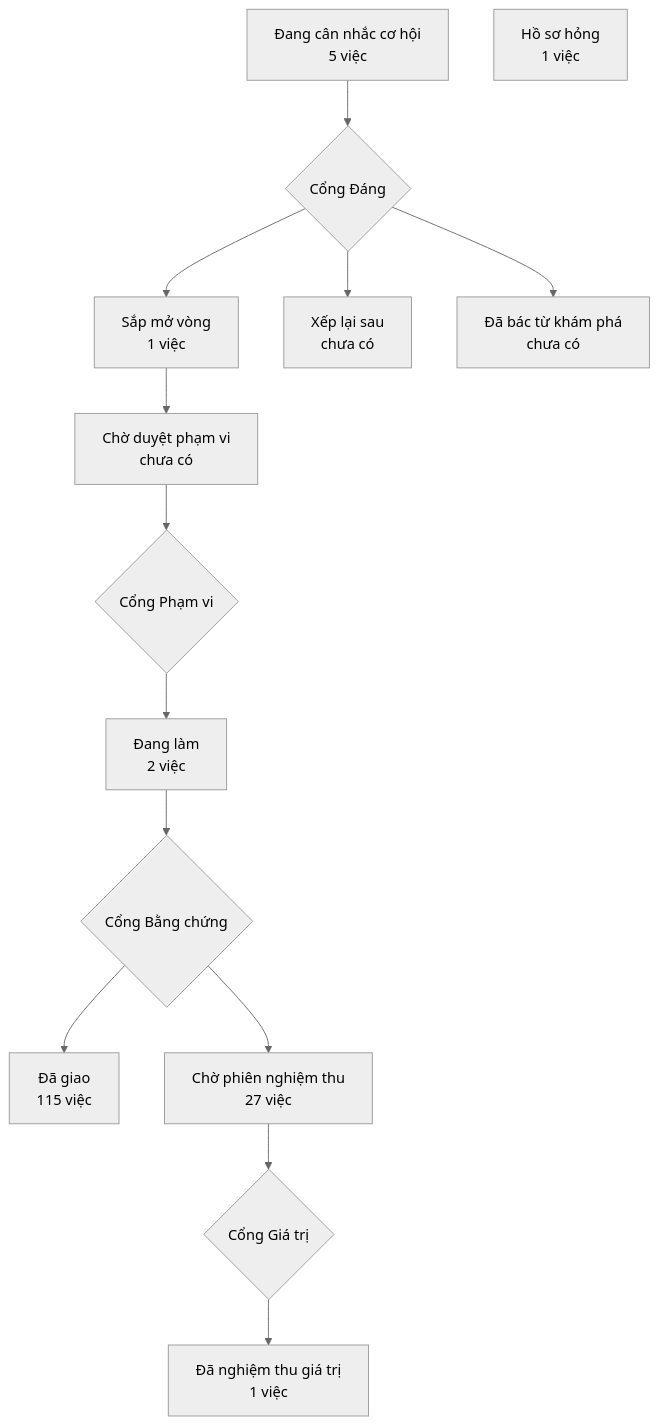
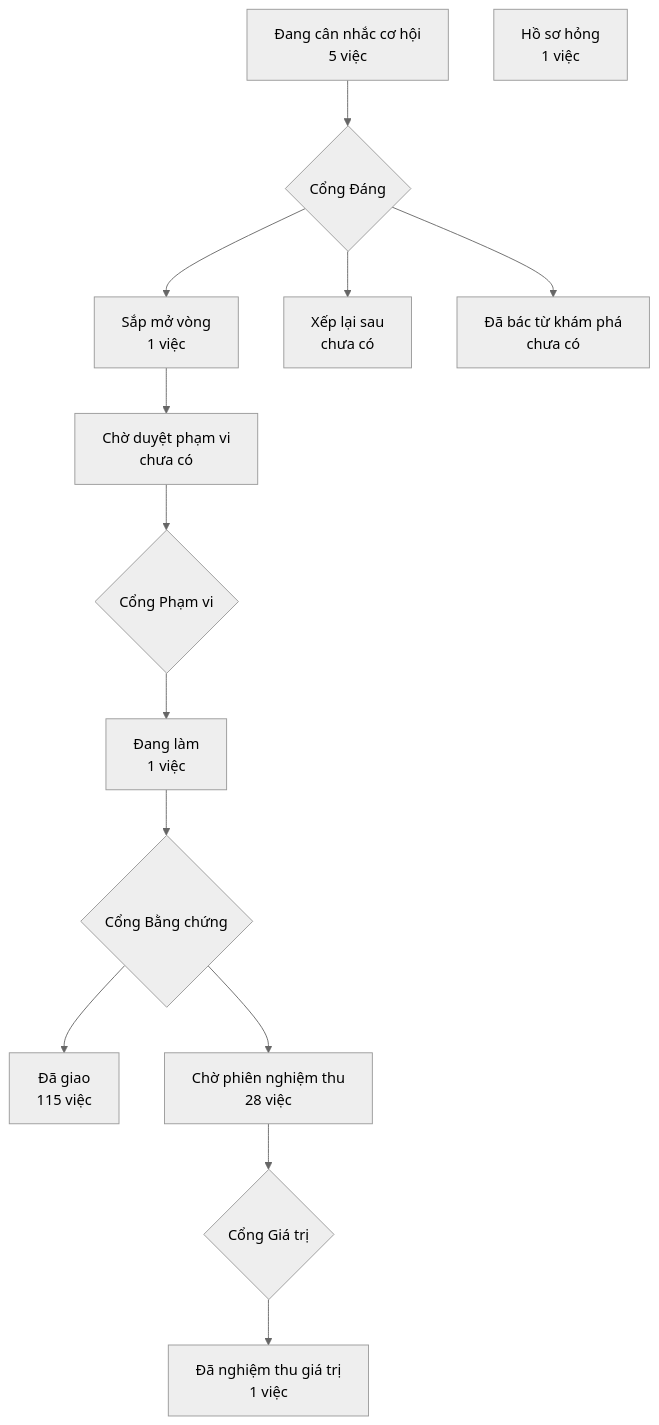
The diagram in PRODUCT-MAP.md (phanlemanh/crm-onehub), drawn with Mermaid (neutral theme) before and after one commit. The commit also changed 3 other files, not shown here.

````diff
--- a/PRODUCT-MAP.md
+++ b/PRODUCT-MAP.md
@@ -6,13 +6,13 @@
 ```mermaid
 flowchart TD
   A["Đang cân nhắc cơ hội<br/>5 việc"] --> GD{"Cổng Đáng"}
   GD --> B["Sắp mở vòng<br/>1 việc"]
   GD --> XL["Xếp lại sau<br/>chưa có"]
   GD --> DB["Đã bác từ khám phá<br/>chưa có"]
   B --> CD["Chờ duyệt phạm vi<br/>chưa có"] --> GP{"Cổng Phạm vi"}
-  GP --> DL["Đang làm<br/>2 việc"] --> GB{"Cổng Bằng chứng"}
+  GP --> DL["Đang làm<br/>1 việc"] --> GB{"Cổng Bằng chứng"}
   GB --> DG["Đã giao<br/>115 việc"]
-  GB --> CN["Chờ phiên nghiệm thu<br/>27 việc"] --> GG{"Cổng Giá trị"}
+  GB --> CN["Chờ phiên nghiệm thu<br/>28 việc"] --> GG{"Cổng Giá trị"}
   GG --> NT["Đã nghiệm thu giá trị<br/>1 việc"]
   HS["Hồ sơ hỏng<br/>1 việc"]
 ```
````
